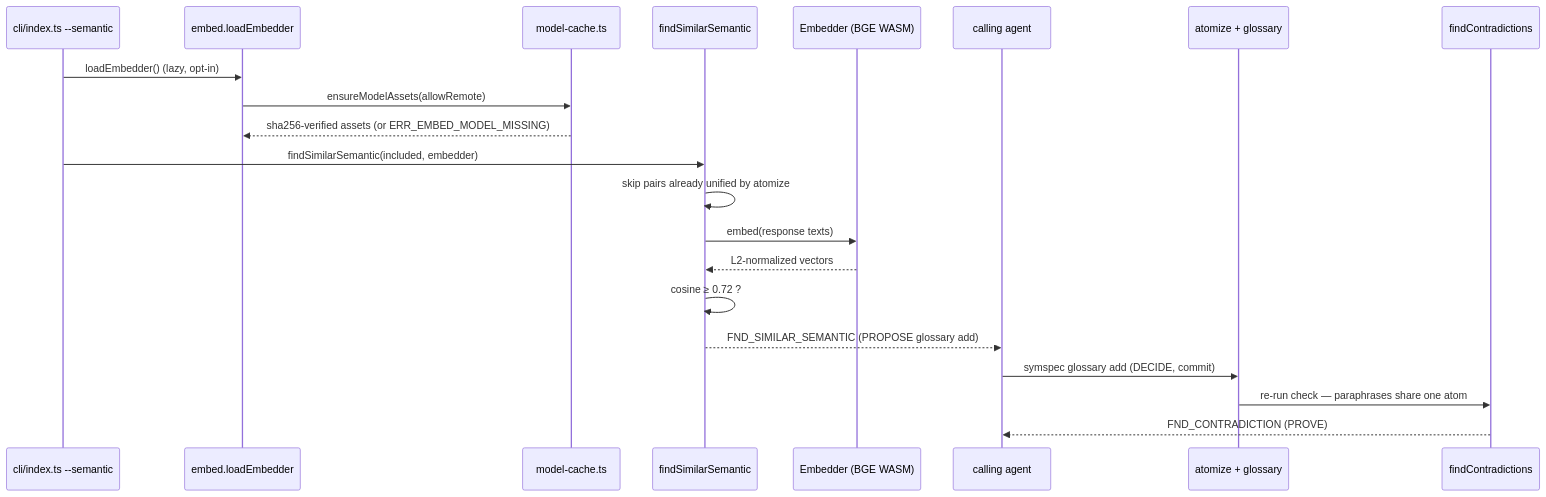
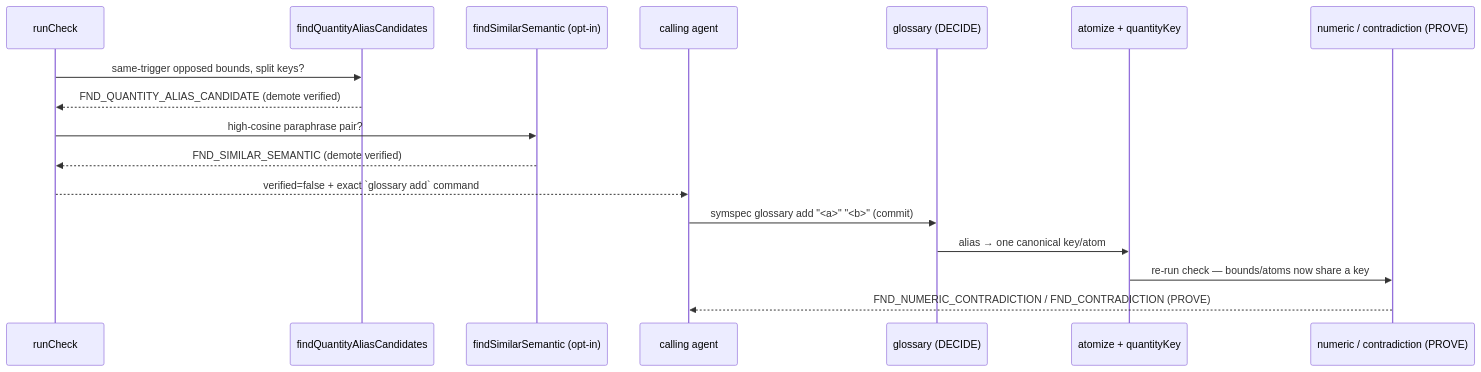
Before and after one commit to theagenticguy/symspec: the third of 3 diagrams in docs/architecture/data-flow.md, drawn with Mermaid. The commit also changed other lines of this file and 17 other files, not shown here.

````diff
--- a/docs/architecture/data-flow.md
+++ b/docs/architecture/data-flow.md
@@ -81,23 +82,19 @@
 ```mermaid
 sequenceDiagram
-    participant CLI as cli/index.ts --semantic
-    participant Load as embed.loadEmbedder
-    participant Cache as model-cache.ts
-    participant Sem as findSimilarSemantic
-    participant Emb as Embedder (BGE WASM)
+    participant Chk as runCheck
+    participant Alias as findQuantityAliasCandidates
+    participant Sem as findSimilarSemantic (opt-in)
     participant Agent as calling agent
-    participant Atom as atomize + glossary
-    participant SMT as findContradictions
-    CLI->>Load: loadEmbedder() (lazy, opt-in)
-    Load->>Cache: ensureModelAssets(allowRemote)
-    Cache-->>Load: sha256-verified assets (or ERR_EMBED_MODEL_MISSING)
-    CLI->>Sem: findSimilarSemantic(included, embedder)
-    Sem->>Sem: skip pairs already unified by atomize
-    Sem->>Emb: embed(response texts)
-    Emb-->>Sem: L2-normalized vectors
-    Sem->>Sem: cosine ≥ 0.72 ?
-    Sem-->>Agent: FND_SIMILAR_SEMANTIC (PROPOSE glossary add)
-    Agent->>Atom: symspec glossary add (DECIDE, commit)
-    Atom->>SMT: re-run check — paraphrases share one atom
-    SMT-->>Agent: FND_CONTRADICTION (PROVE)
+    participant Gloss as glossary (DECIDE)
+    participant Atom as atomize + quantityKey
+    participant Solve as numeric / contradiction (PROVE)
+    Chk->>Alias: same-trigger opposed bounds, split keys?
+    Alias-->>Chk: FND_QUANTITY_ALIAS_CANDIDATE (demote verified)
+    Chk->>Sem: high-cosine paraphrase pair?
+    Sem-->>Chk: FND_SIMILAR_SEMANTIC (demote verified)
+    Chk-->>Agent: verified=false + exact `glossary add` command
+    Agent->>Gloss: symspec glossary add "<a>" "<b>" (commit)
+    Gloss->>Atom: alias → one canonical key/atom
+    Atom->>Solve: re-run check — bounds/atoms now share a key
+    Solve-->>Agent: FND_NUMERIC_CONTRADICTION / FND_CONTRADICTION (PROVE)
 ```
````
